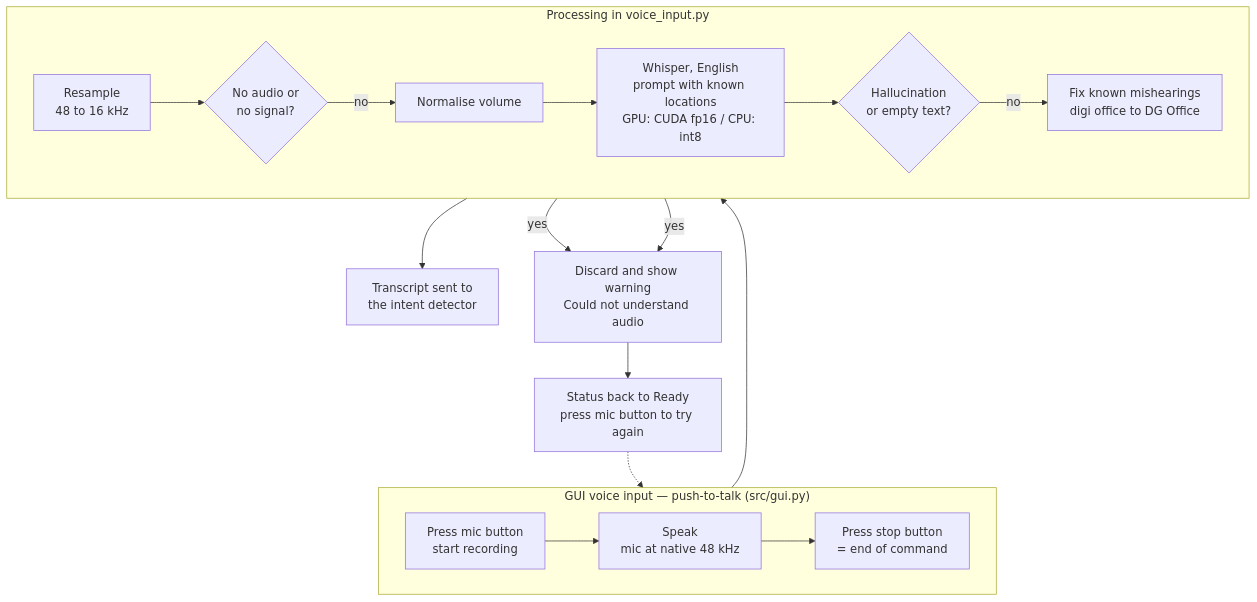
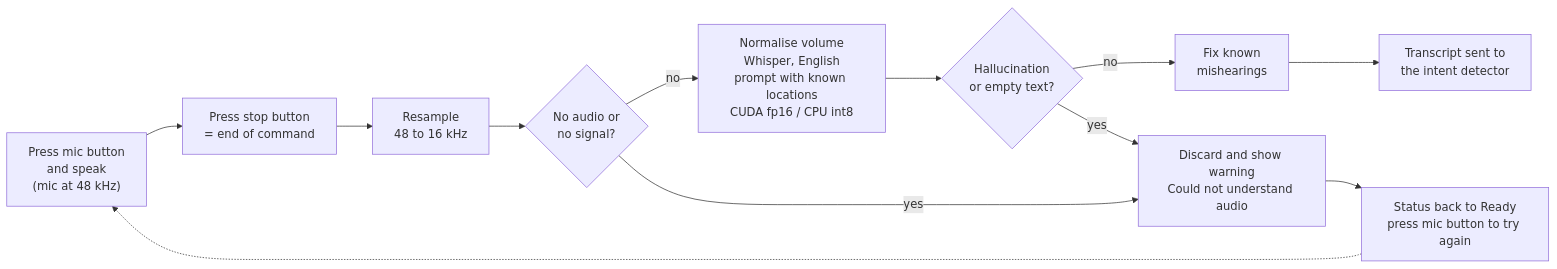
Before and after one commit to Huzaifa-Rahim-Malik/LLM-Based-Navigation-Using-Turtlebot4: the third of 4 diagrams in README.md, drawn with Mermaid. The commit also changed other lines of this file, not shown here.

````diff
--- a/README.md
+++ b/README.md
@@ -211,25 +211,15 @@
 ```mermaid
-flowchart TB
-    subgraph G["GUI voice input — push-to-talk (src/gui.py)"]
-      direction LR
-      B1["Press mic button<br/>start recording"] --> B2["Speak<br/>mic at native 48 kHz"]
-      B2 --> B3["Press stop button<br/>= end of command"]
-    end
+flowchart LR
+    A["Press mic button<br/>and speak<br/>(mic at 48 kHz)"] --> B["Press stop button<br/>= end of command"]
+    B --> C["Resample<br/>48 to 16 kHz"]
+    C --> D{"No audio or<br/>no signal?"}
+    D -- no --> E["Normalise volume<br/>Whisper, English<br/>prompt with known locations<br/>CUDA fp16 / CPU int8"]
+    E --> F{"Hallucination<br/>or empty text?"}
+    F -- no --> G["Fix known<br/>mishearings"]
+    G --> H["Transcript sent to<br/>the intent detector"]
 
-    subgraph P["Processing in voice_input.py"]
-      direction LR
-      P1["Resample<br/>48 to 16 kHz"] --> P2{"No audio or<br/>no signal?"}
-      P2 -- no --> P3["Normalise volume"]
-      P3 --> P4["Whisper, English<br/>prompt with known locations<br/>GPU: CUDA fp16 / CPU: int8"]
-      P4 --> P5{"Hallucination<br/>or empty text?"}
-      P5 -- no --> P6["Fix known mishearings<br/>digi office to DG Office"]
-    end
-
-    B3 --> P1
-    P6 --> OUT["Transcript sent to<br/>the intent detector"]
-
-    P2 -- yes --> D
-    P5 -- yes --> D
-    D["Discard and show warning<br/>Could not understand audio"] --> W["Status back to Ready<br/>press mic button to try again"]
-    W -.-> B1
+    D -- yes --> X["Discard and show warning<br/>Could not understand audio"]
+    F -- yes --> X
+    X --> Y["Status back to Ready<br/>press mic button to try again"]
+    Y -.-> A
 ```
````
